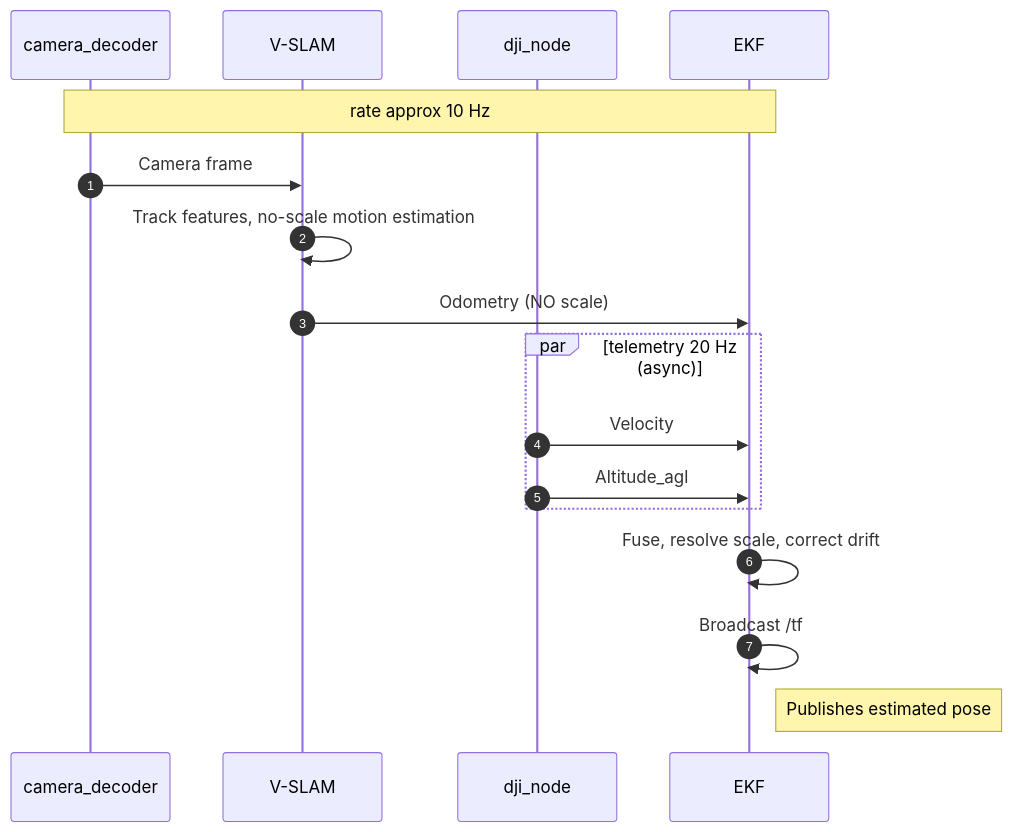
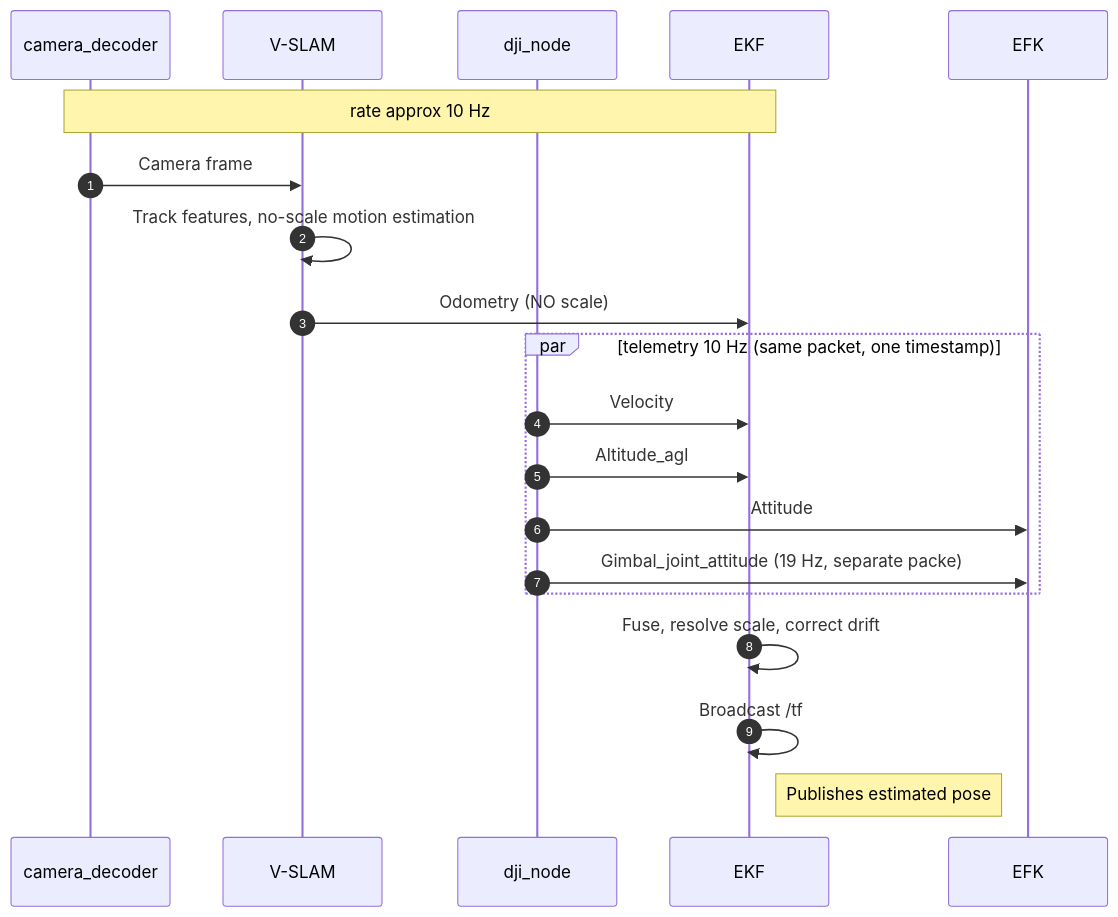
One commit to cristhianpoveda/path_planning_aerial_inspection changed the first of 4 diagrams in docs/data_flow.md. Above: the diagram before and after it, drawn with Mermaid. The commit also changed other lines of this file and 6 other files, not shown here.

````diff
--- a/docs/data_flow.md
+++ b/docs/data_flow.md
@@ -9,22 +9,24 @@
 ```mermaid
 sequenceDiagram
     autonumber
     participant DEC as camera_decoder
     participant SLAM as V-SLAM
     participant DJI as dji_node
     participant EKF as EKF
 
     Note over DEC,EKF: rate approx 10 Hz
     DEC->>SLAM: Camera frame
     SLAM->>SLAM: Track features, no-scale motion estimation
     SLAM->>EKF: Odometry (NO scale)
 
-    par telemetry 20 Hz (async)
+    par telemetry 10 Hz (same packet, one timestamp)
         DJI->>EKF: Velocity
         DJI->>EKF: Altitude_agl
+        DJI->>EFK: Attitude
+        DJI->>EFK: Gimbal_joint_attitude (19 Hz, separate packe)
     end
 
     EKF->>EKF: Fuse, resolve scale, correct drift
     EKF->>EKF: Broadcast /tf 
     Note right of EKF: Publishes estimated pose
 ```
````
